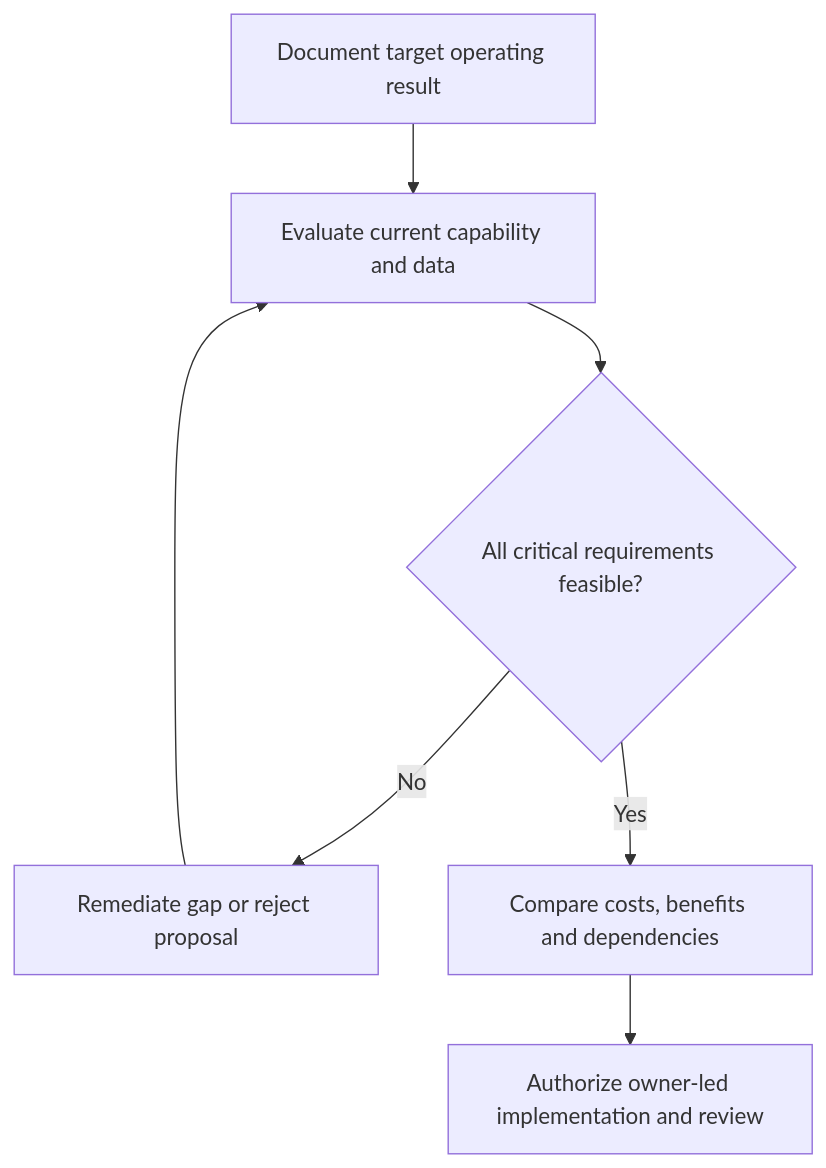
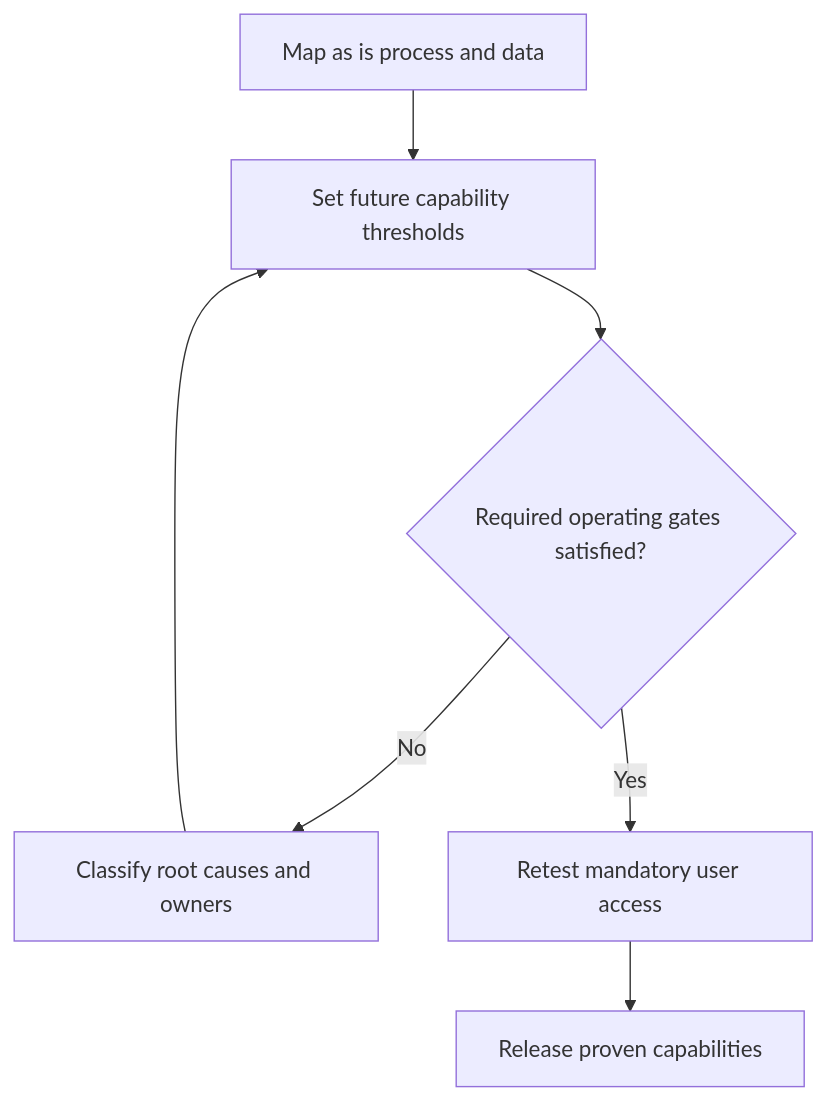
One commit to theleanx/SupplyChain-Design-Notes changed the diagram in 08-optimization-sustainability-technology/section-c-technology-trends/10-technology-gap-analysis-data-process-and-skills.md. Above: the diagram before and after it, drawn with Mermaid. The commit also changed other lines of this file and 8 other files, not shown here.

Commit message:
refactor(module8): make C10-C18 decision logic, Mermaid, and practitioner notes topic-specific

````diff
--- a/08-optimization-sustainability-technology/section-c-technology-trends/10-technology-gap-analysis-data-process-and-skills.md
+++ b/08-optimization-sustainability-technology/section-c-technology-trends/10-technology-gap-analysis-data-process-and-skills.md
@@ -40,9 +40,9 @@
 ```mermaid
 flowchart TD
-    A[Document target operating result] --> B[Evaluate current capability and data]
-    B --> C{All critical requirements feasible?}
-    C -- No --> D[Remediate gap or reject proposal]
+    A[Map as is process and data] --> B[Set future capability thresholds]
+    B --> C{Required operating gates satisfied?}
+    C -- No --> D[Classify root causes and owners]
     D --> B
-    C -- Yes --> E[Compare costs, benefits and dependencies]
-    E --> F[Authorize owner-led implementation and review]
+    C -- Yes --> E[Retest mandatory user access]
+    E --> F[Release proven capabilities]
 ```
````
